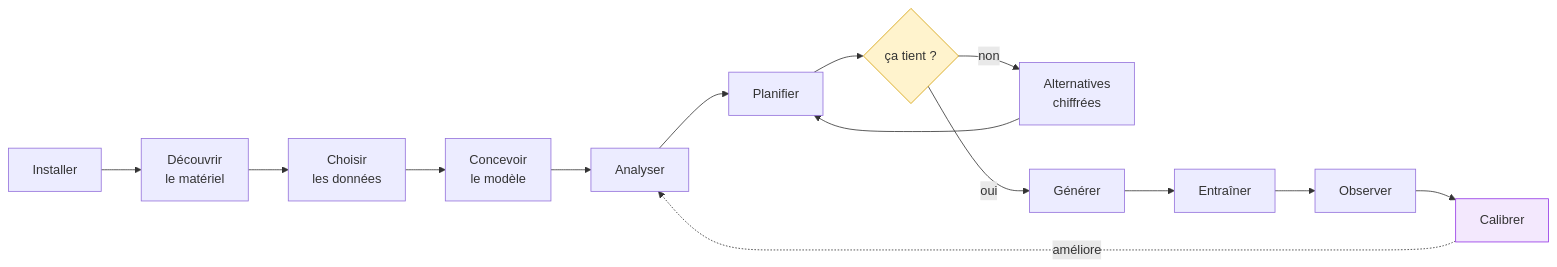
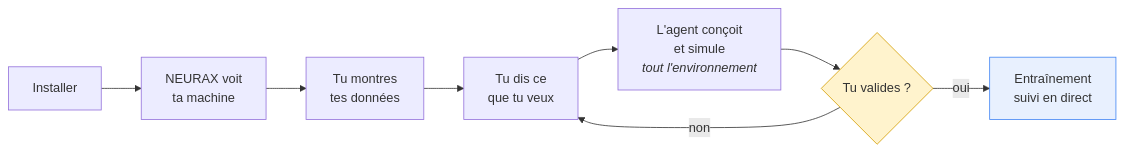
One commit to rustnew/NEURAX changed the first of 4 diagrams in idee.md. Above: the diagram before and after it, drawn with Mermaid. The commit also changed other lines of this file, not shown here.

````diff
--- a/idee.md
+++ b/idee.md
@@ -66,19 +45,13 @@
 ```mermaid
 flowchart LR
-    A["Installer"] --> B["Découvrir<br/>le matériel"]
-    B --> C["Choisir<br/>les données"]
-    C --> D["Concevoir<br/>le modèle"]
-    D --> E["Analyser"]
-    E --> F["Planifier"]
-    F --> G{"ça tient ?"}
-    G -->|non| H["Alternatives<br/>chiffrées"]
-    H --> F
-    G -->|oui| I["Générer"]
-    I --> J["Entraîner"]
-    J --> K["Observer"]
-    K --> L["Calibrer"]
-    L -.->|améliore| E
+    A["Installer"] --> B["NEURAX voit<br/>ta machine"]
+    B --> C["Tu montres<br/>tes données"]
+    C --> D["Tu dis ce<br/>que tu veux"]
+    D --> E["L'agent conçoit<br/>et simule<br/><i>tout l'environnement</i>"]
+    E --> F{"Tu valides ?"}
+    F -->|non| D
+    F -->|oui| G["Entraînement<br/>suivi en direct"]
 
-    style G fill:#fff3cd,stroke:#d39e00
-    style L fill:#f3e8fd,stroke:#9334e6
+    style F fill:#fff3cd,stroke:#d39e00
+    style G fill:#e8f0fe,stroke:#4285f4
 ```
````
